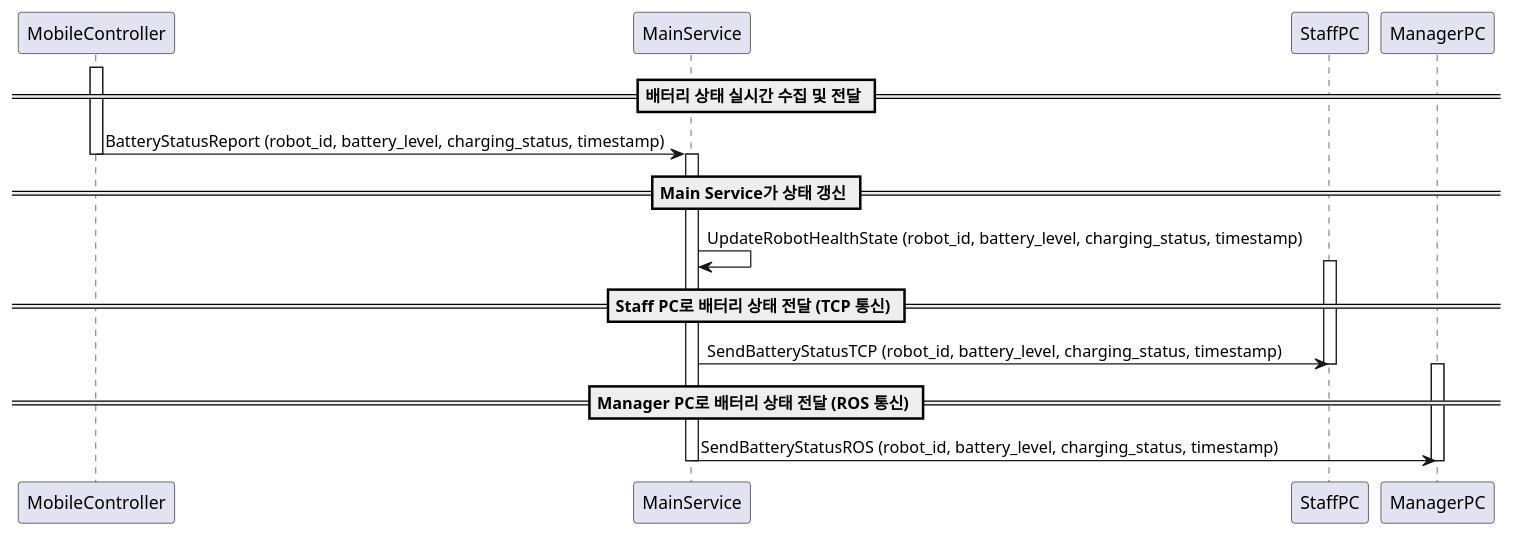
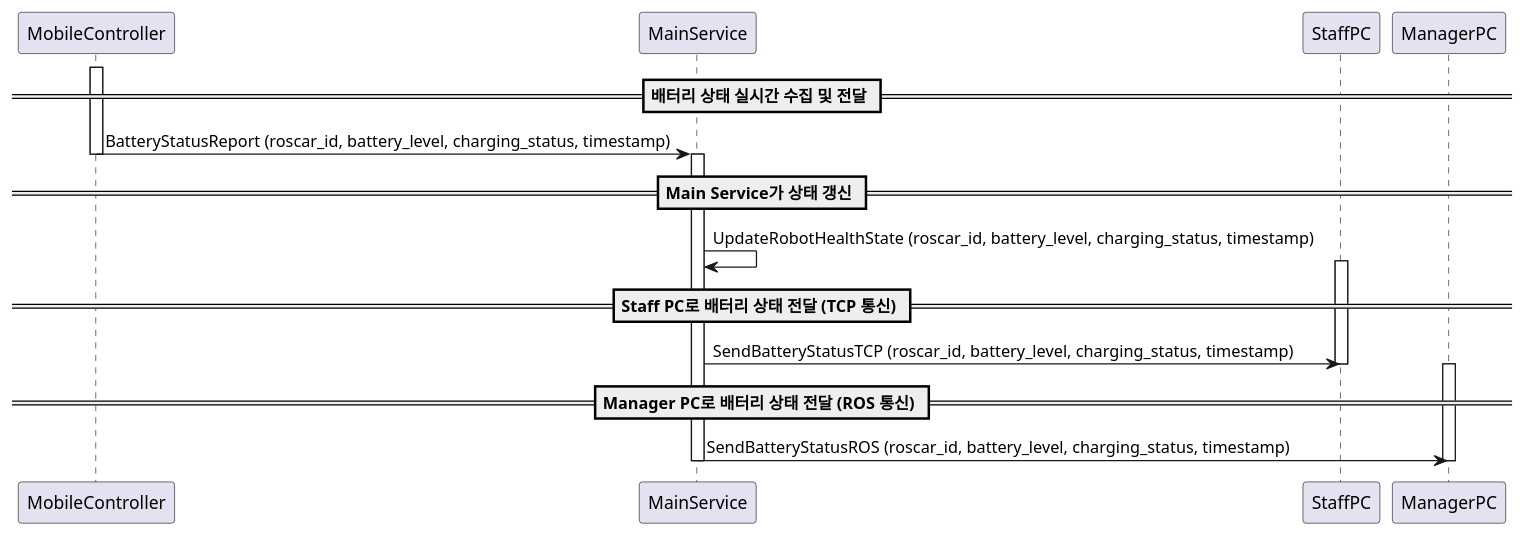
Diagram 20 of 24 in docs/sequence_diagram v1-component.md (addinedu-ros-8th/ros-repo-3), drawn with PlantUML before and after one commit. The commit also changed other lines of this file and 108 other files, not shown here.

Commit message:
Fix build and Rename robot to roscar

````diff
--- a/docs/sequence_diagram v1-component.md
+++ b/docs/sequence_diagram v1-component.md
@@ -909,32 +909,32 @@
 ```plantuml
 @startuml
 participant MobileController
 participant MainService
 participant StaffPC
 participant ManagerPC
 
 == 배터리 상태 실시간 수집 및 전달 ==
 
 activate MobileController
-MobileController -> MainService: BatteryStatusReport (robot_id, battery_level, charging_status, timestamp)
+MobileController -> MainService: BatteryStatusReport (roscar_id, battery_level, charging_status, timestamp)
 deactivate MobileController
 
 == Main Service가 상태 갱신 ==
 
 activate MainService
-MainService -> MainService: UpdateRobotHealthState (robot_id, battery_level, charging_status, timestamp)
+MainService -> MainService: UpdateRobotHealthState (roscar_id, battery_level, charging_status, timestamp)
 
 == Staff PC로 배터리 상태 전달 (TCP 통신) ==
 
 activate StaffPC
-MainService -> StaffPC: SendBatteryStatusTCP (robot_id, battery_level, charging_status, timestamp)
+MainService -> StaffPC: SendBatteryStatusTCP (roscar_id, battery_level, charging_status, timestamp)
 deactivate StaffPC
 
 == Manager PC로 배터리 상태 전달 (ROS 통신) ==
 
 activate ManagerPC
-MainService -> ManagerPC: SendBatteryStatusROS (robot_id, battery_level, charging_status, timestamp)
+MainService -> ManagerPC: SendBatteryStatusROS (roscar_id, battery_level, charging_status, timestamp)
 deactivate ManagerPC
 deactivate MainService
 @enduml
 ```
````
